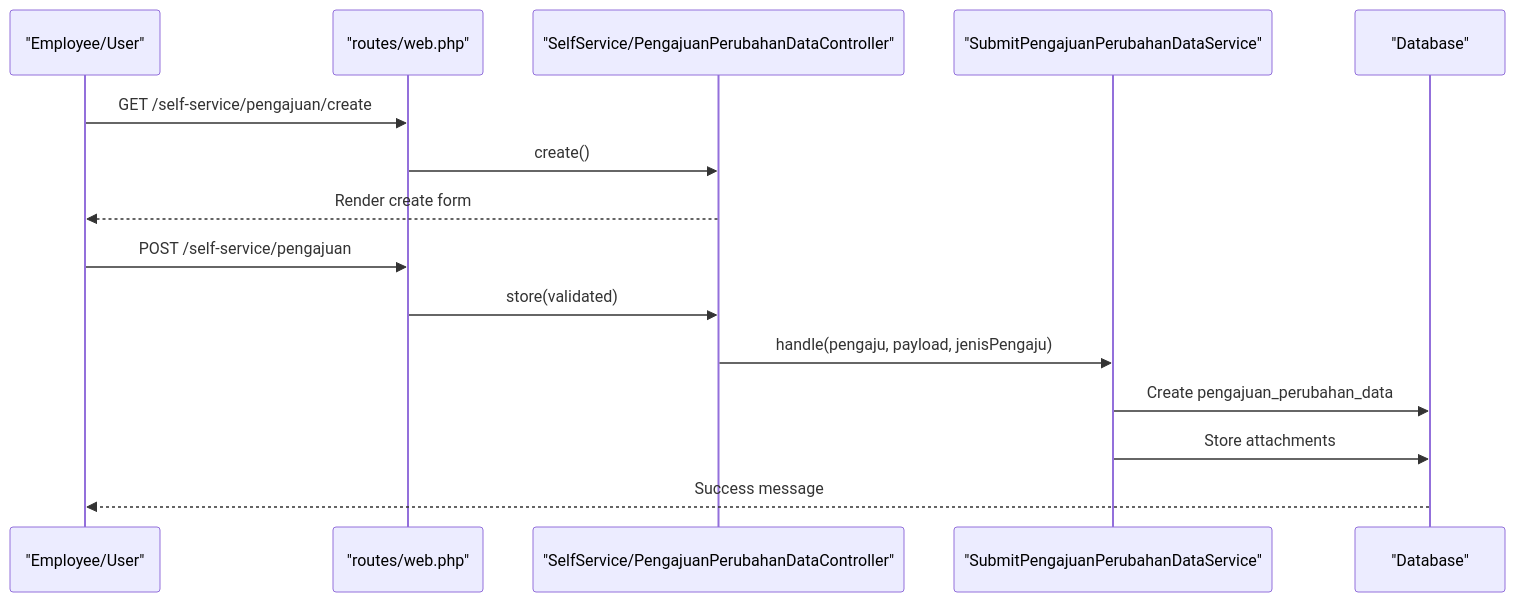
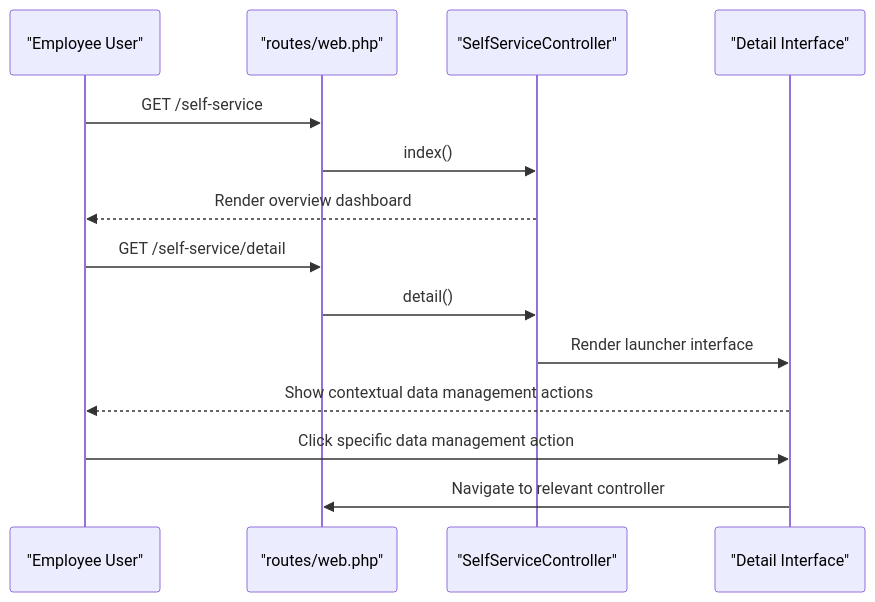
Before and after one commit to PA-Penajam/kepegawaian_apps: the third of 8 diagrams in .qoder/repowiki/en/content/Self-Service Portal/Self-Service Portal.md, drawn with Mermaid. The commit also changed other lines of this file and 13 other files, not shown here.

````diff
--- a/.qoder/repowiki/en/content/Self-Service Portal/Self-Service Portal.md
+++ b/.qoder/repowiki/en/content/Self-Service Portal/Self-Service Portal.md
@@ -240,17 +225,16 @@
 ```mermaid
 sequenceDiagram
-participant U as "Employee/User"
+participant E as "Employee User"
 participant R as "routes/web.php"
-participant C as "SelfService/PengajuanPerubahanDataController"
-participant S as "SubmitPengajuanPerubahanDataService"
-participant DB as "Database"
-U->>R : GET /self-service/pengajuan/create
-R->>C : create()
-C-->>U : Render create form
-U->>R : POST /self-service/pengajuan
-R->>C : store(validated)
-C->>S : handle(pengaju, payload, jenisPengaju)
-S->>DB : Create pengajuan_perubahan_data
-S->>DB : Store attachments
-DB-->>U : Success message
+participant C as "SelfServiceController"
+participant D as "Detail Interface"
+E->>R : GET /self-service
+R->>C : index()
+C-->>E : Render overview dashboard
+E->>R : GET /self-service/detail
+R->>C : detail()
+C->>D : Render launcher interface
+D-->>E : Show contextual data management actions
+E->>D : Click specific data management action
+D->>R : Navigate to relevant controller
 ```
````
